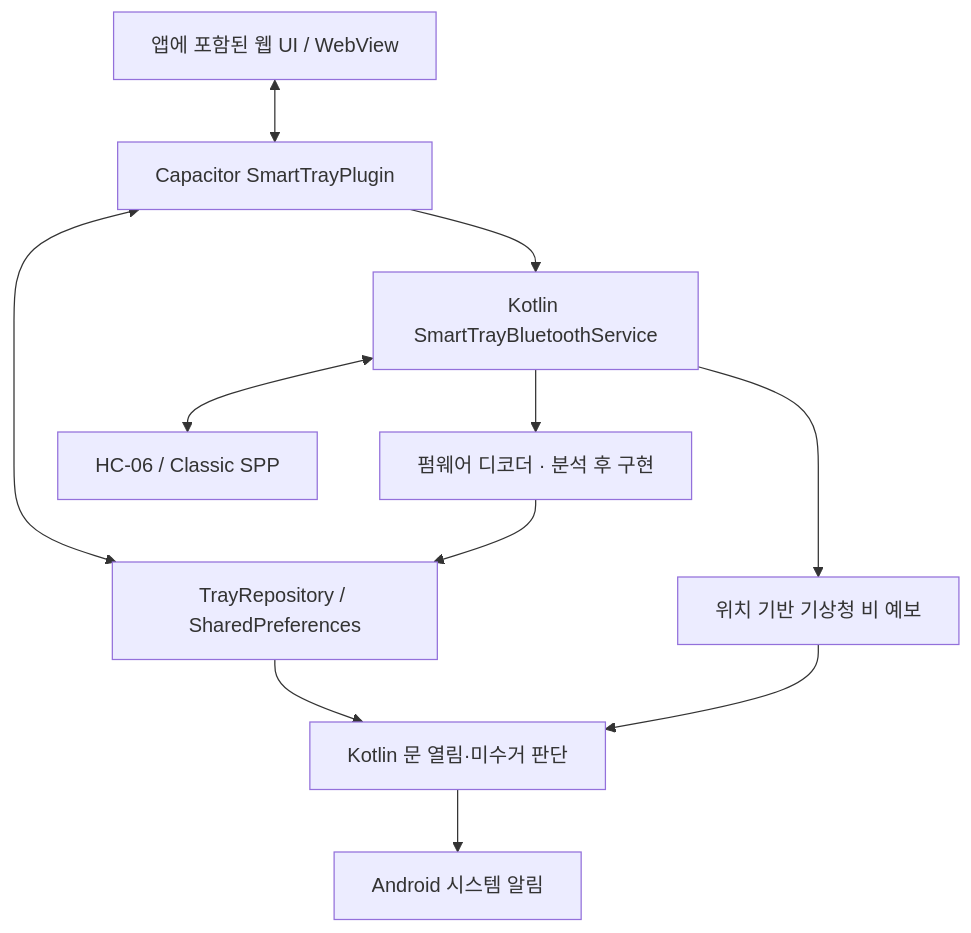
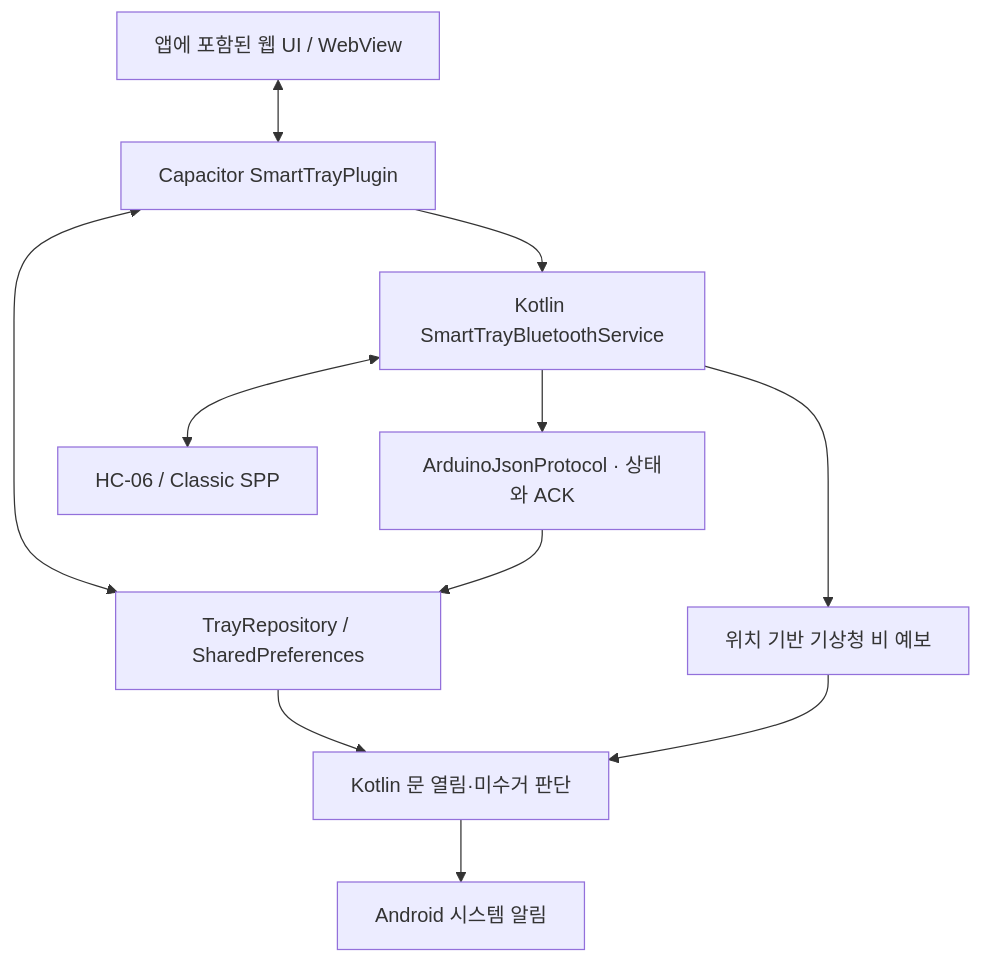
One commit to yjjyjjyjjyjj/smart-tray-app changed the diagram in README.md. Above: the diagram before and after it, drawn with Mermaid. The commit also changed other lines of this file and 26 other files, not shown here.

````diff
--- a/README.md
+++ b/README.md
@@ -140,13 +132,13 @@
 ```mermaid
 flowchart TD
     UI[앱에 포함된 웹 UI / WebView] <--> Bridge[Capacitor SmartTrayPlugin]
     Bridge <--> State[TrayRepository / SharedPreferences]
     Bridge --> Service[Kotlin SmartTrayBluetoothService]
     Service <--> Device[HC-06 / Classic SPP]
-    Service --> Decoder[펌웨어 디코더 · 분석 후 구현]
+    Service --> Decoder[ArduinoJsonProtocol · 상태와 ACK]
     Decoder --> State
     State --> Policy[Kotlin 문 열림·미수거 판단]
     Service --> Weather[위치 기반 기상청 비 예보]
     Weather --> Policy
     Policy --> Notice[Android 시스템 알림]
 ```
````
